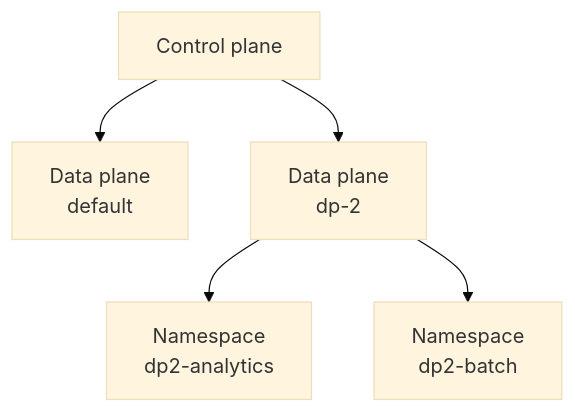
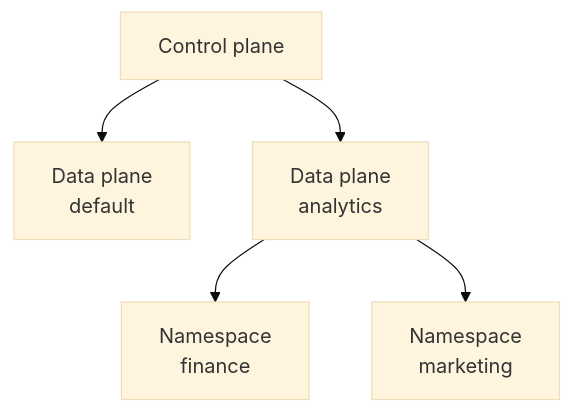
The diagram in docs/getting-started/architecture.md (iomete/iom-docs), drawn with Mermaid (base theme) before and after one commit. The commit also changed other lines of this file and 3 other files, not shown here.

````diff
--- a/docs/getting-started/architecture.md
+++ b/docs/getting-started/architecture.md
@@ -29,9 +29,9 @@
 ```mermaid
 flowchart TB
   accTitle: One control plane manages multiple data planes
-  accDescr: The control plane manages the default data plane and dp-2. Data plane dp-2 manages the dp2-analytics and dp2-batch namespaces.
+  accDescr: The control plane manages the default data plane and analytics. Data plane analytics manages the finance and marketing namespaces.
   CP["Control plane"] --> Default["Data plane<br/>default"]
-  CP --> DP2["Data plane<br/>dp-2"]
-  DP2 --> Analytics["Namespace<br/>dp2-analytics"]
-  DP2 --> Batch["Namespace<br/>dp2-batch"]
+  CP --> AnalyticsPlane["Data plane<br/>analytics"]
+  AnalyticsPlane --> FinanceNamespace["Namespace<br/>finance"]
+  AnalyticsPlane --> MarketingNamespace["Namespace<br/>marketing"]
 ```
````
